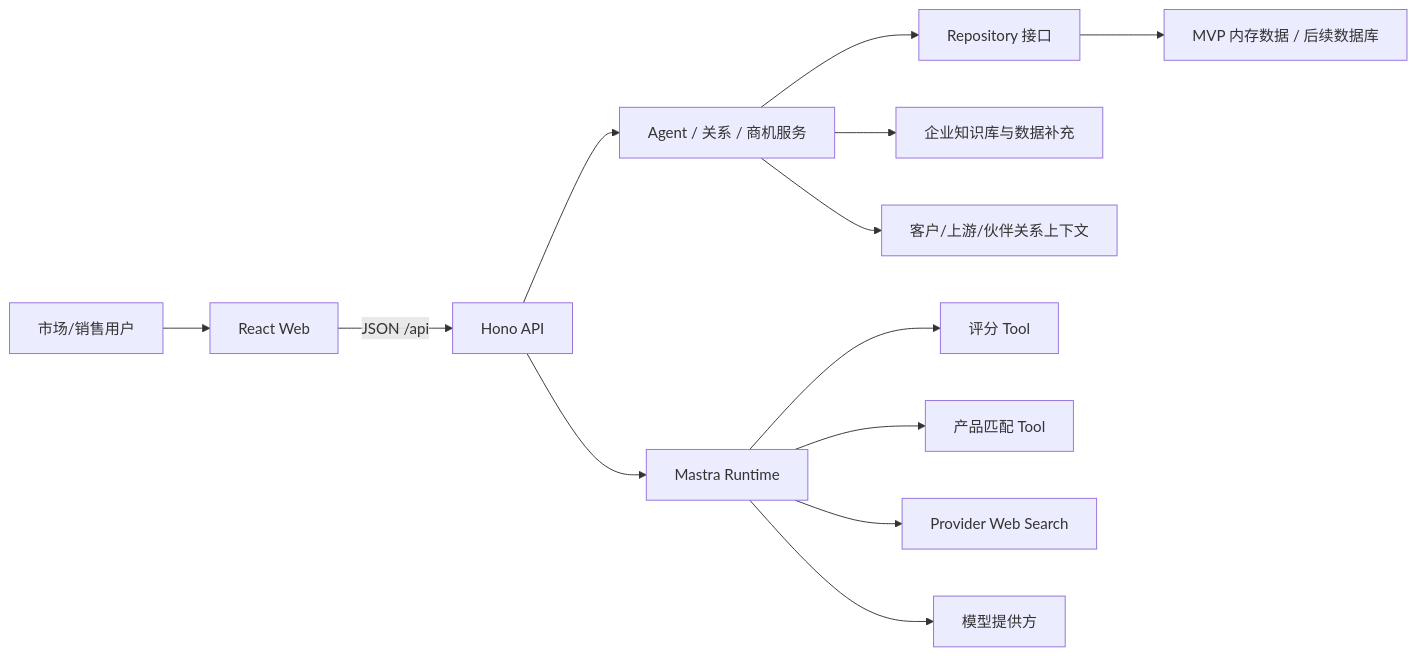
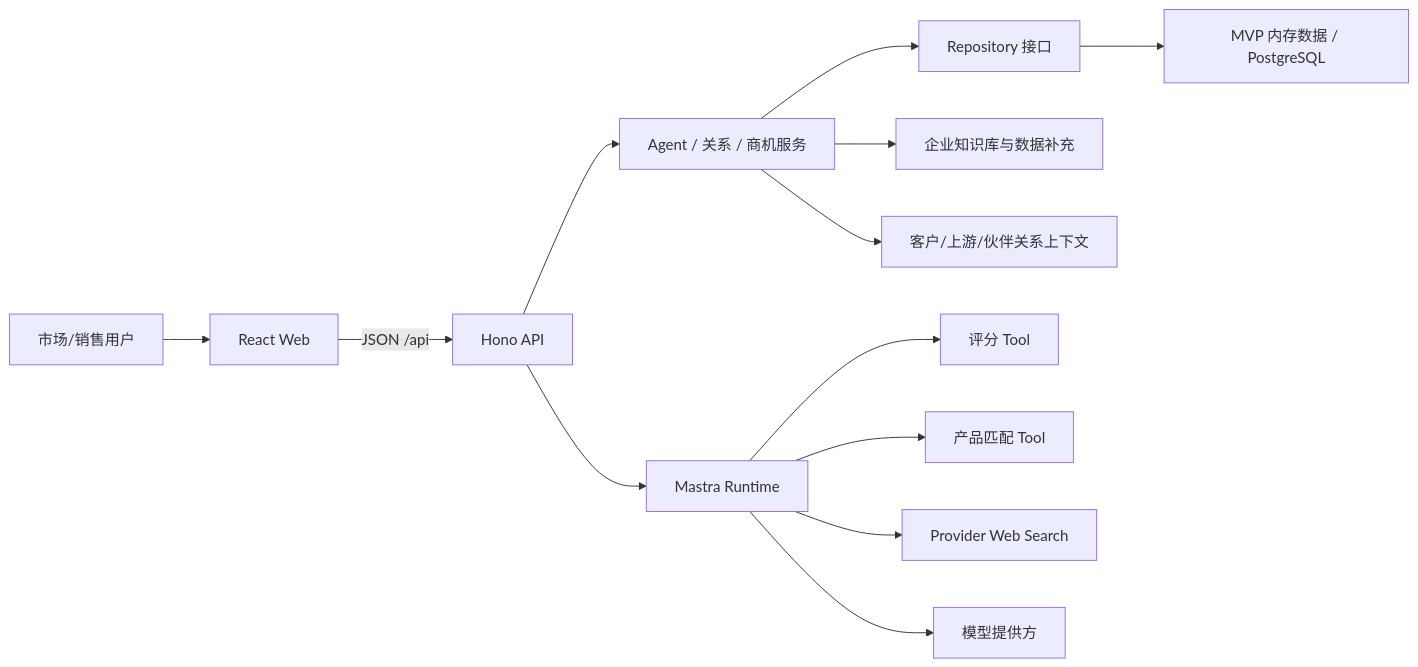
One commit to hclovo/qingpu-agent changed the first of 2 diagrams in docs/氢能产业商机与精准获客Agent-前后端设计文档.md. Above: the diagram before and after it, drawn with Mermaid. The commit also changed other lines of this file and 33 other files, not shown here.

````diff
--- a/docs/氢能产业商机与精准获客Agent-前后端设计文档.md
+++ b/docs/氢能产业商机与精准获客Agent-前后端设计文档.md
@@ -27,15 +27,15 @@
 ```mermaid
 flowchart LR
   U["市场/销售用户"] --> W["React Web"]
   W -->|"JSON /api"| A["Hono API"]
   A --> S["Agent / 关系 / 商机服务"]
   S --> R["Repository 接口"]
-  R --> D["MVP 内存数据 / 后续数据库"]
+  R --> D["MVP 内存数据 / PostgreSQL"]
   A --> M["Mastra Runtime"]
   M --> T1["评分 Tool"]
   M --> T2["产品匹配 Tool"]
   M --> WS["Provider Web Search"]
   M --> LLM["模型提供方"]
   S --> K["企业知识库与数据补充"]
   S --> C["客户/上游/伙伴关系上下文"]
 ```
````
